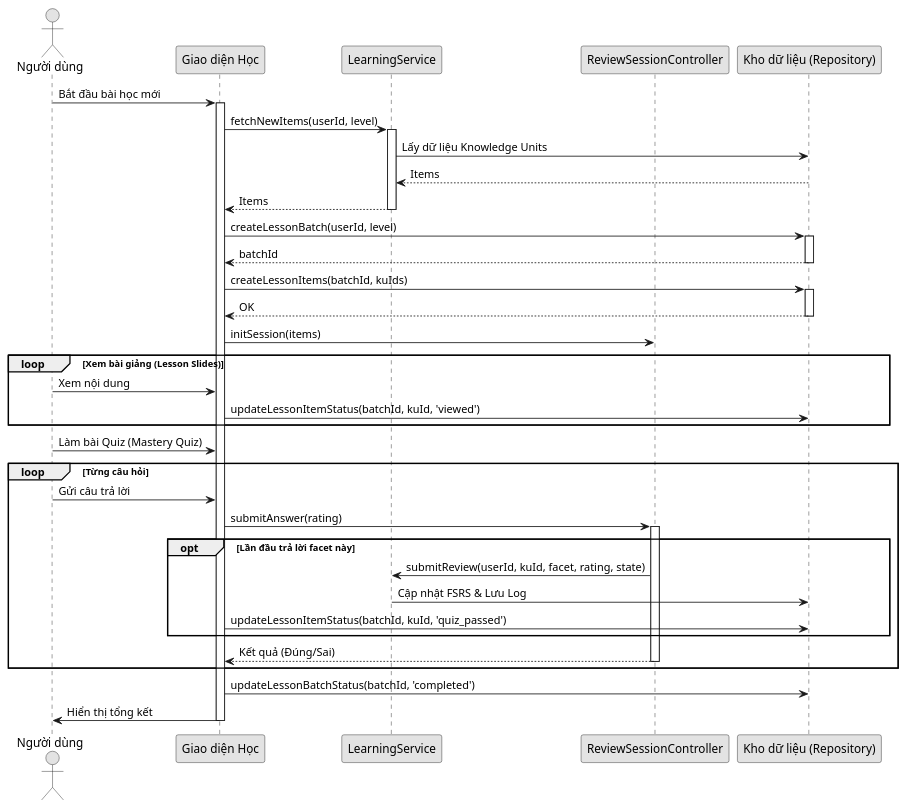
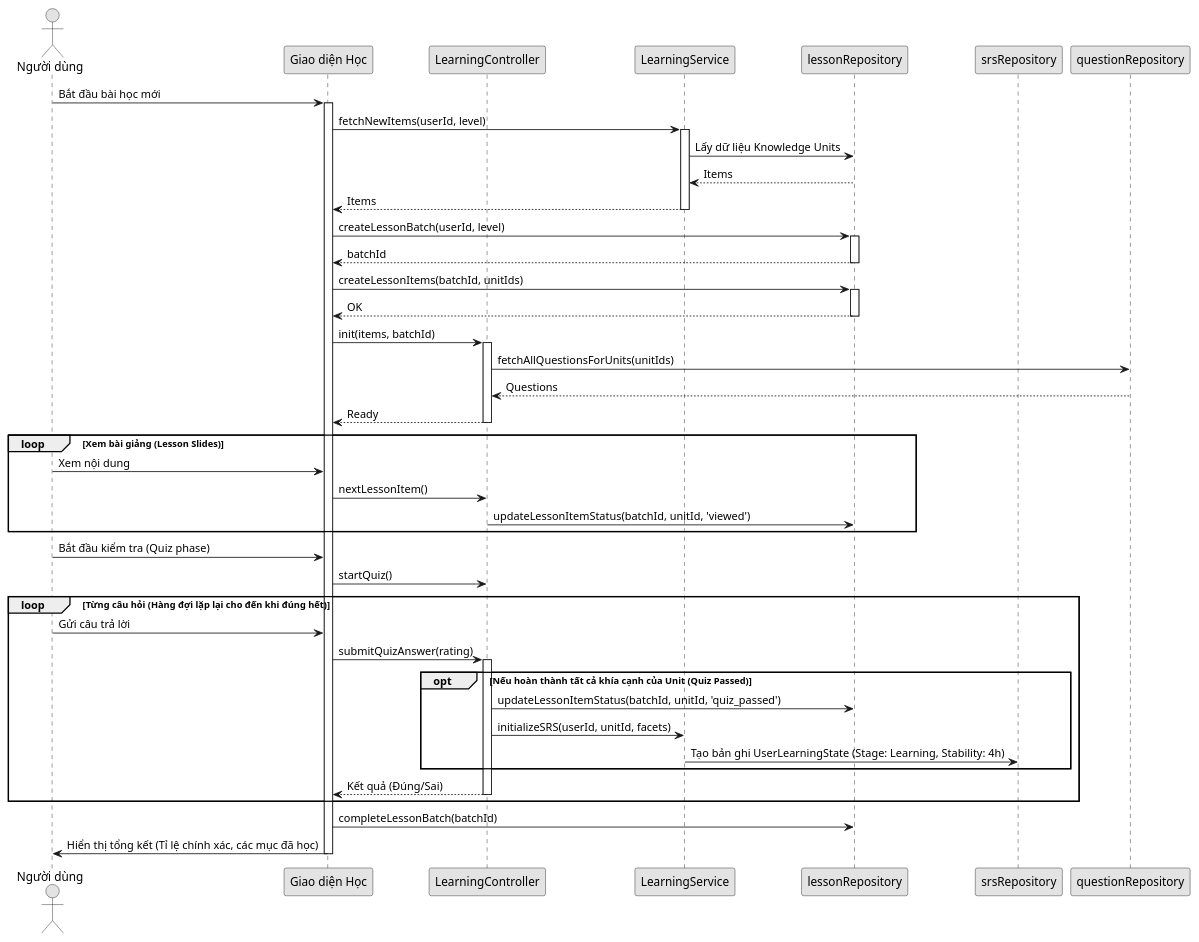
Before and after one commit to anhtranguyen-github/Hanachan: the diagram in docs/uncertain/sequence/learn_sequence.puml, drawn with PlantUML. The commit also changed 20 other files, not shown here.

First line of the commit message:
docs(arch): update ER and package diagrams for Hanachan v2

```diff
--- a/docs/uncertain/sequence/learn_sequence.puml
+++ b/docs/uncertain/sequence/learn_sequence.puml
@@ -1,61 +1,70 @@
 @startuml Learn Sequence
 skinparam monochrome true
 skinparam shadowing false
 skinparam defaultFontName "Segoe UI"
 
 actor "Người dùng" as User
 participant "Giao diện Học" as UI
+participant "LearningController" as Controller
 participant "LearningService" as Service
-participant "ReviewSessionController" as Controller
-participant "Kho dữ liệu (Repository)" as Repo
+participant "lessonRepository" as LessonRepo
+participant "srsRepository" as SRSRepo
+participant "questionRepository" as QRepo
 
 User -> UI : Bắt đầu bài học mới
 activate UI
 
 UI -> Service : fetchNewItems(userId, level)
 activate Service
-Service -> Repo : Lấy dữ liệu Knowledge Units
-Repo --> Service : Items
+Service -> LessonRepo : Lấy dữ liệu Knowledge Units
+LessonRepo --> Service : Items
 Service --> UI : Items
 deactivate Service
 
-' PERSISTENCE (UI calls Repository as per page.tsx)
-UI -> Repo : createLessonBatch(userId, level)
-activate Repo
-Repo --> UI : batchId
-deactivate Repo
+' PERSISTENCE
+UI -> LessonRepo : createLessonBatch(userId, level)
+activate LessonRepo
+LessonRepo --> UI : batchId
+deactivate LessonRepo
 
-UI -> Repo : createLessonItems(batchId, kuIds)
-activate Repo
-Repo --> UI : OK
-deactivate Repo
+UI -> LessonRepo : createLessonItems(batchId, unitIds)
+activate LessonRepo
+LessonRepo --> UI : OK
+deactivate LessonRepo
 
-UI -> Controller : initSession(items)
+UI -> Controller : init(items, batchId)
+activate Controller
+Controller -> QRepo : fetchAllQuestionsForUnits(unitIds)
+QRepo --> Controller : Questions
+Controller --> UI : Ready
+deactivate Controller
 
 loop Xem bài giảng (Lesson Slides)
     User -> UI : Xem nội dung
-    UI -> Repo : updateLessonItemStatus(batchId, kuId, 'viewed')
+    UI -> Controller : nextLessonItem()
+    Controller -> LessonRepo : updateLessonItemStatus(batchId, unitId, 'viewed')
 end
 
-User -> UI : Làm bài Quiz (Mastery Quiz)
+User -> UI : Bắt đầu kiểm tra (Quiz phase)
+UI -> Controller : startQuiz()
 
-loop Từng câu hỏi
+loop Từng câu hỏi (Hàng đợi lặp lại cho đến khi đúng hết)
     User -> UI : Gửi câu trả lời
-    UI -> Controller : submitAnswer(rating)
+    UI -> Controller : submitQuizAnswer(rating)
     activate Controller
     
-    opt Lần đầu trả lời facet này
-        Controller -> Service : submitReview(userId, kuId, facet, rating, state)
-        Service -> Repo : Cập nhật FSRS & Lưu Log
-        UI -> Repo : updateLessonItemStatus(batchId, kuId, 'quiz_passed')
+    opt Nếu hoàn thành tất cả khía cạnh của Unit (Quiz Passed)
+        Controller -> LessonRepo : updateLessonItemStatus(batchId, unitId, 'quiz_passed')
+        Controller -> Service : initializeSRS(userId, unitId, facets)
+        Service -> SRSRepo : Tạo bản ghi UserLearningState (Stage: Learning, Stability: 4h)
     end
     
     Controller --> UI : Kết quả (Đúng/Sai)
     deactivate Controller
 end
 
-UI -> Repo : updateLessonBatchStatus(batchId, 'completed')
-UI -> User : Hiển thị tổng kết
+UI -> LessonRepo : completeLessonBatch(batchId)
+UI -> User : Hiển thị tổng kết (Tỉ lệ chính xác, các mục đã học)
 deactivate UI
 
 @enduml
```
